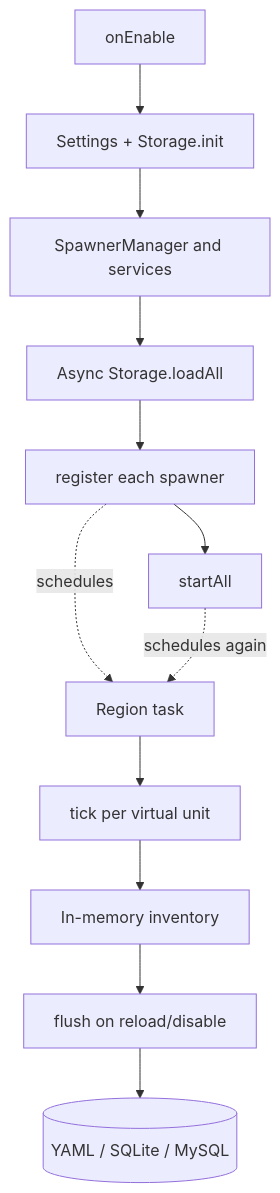
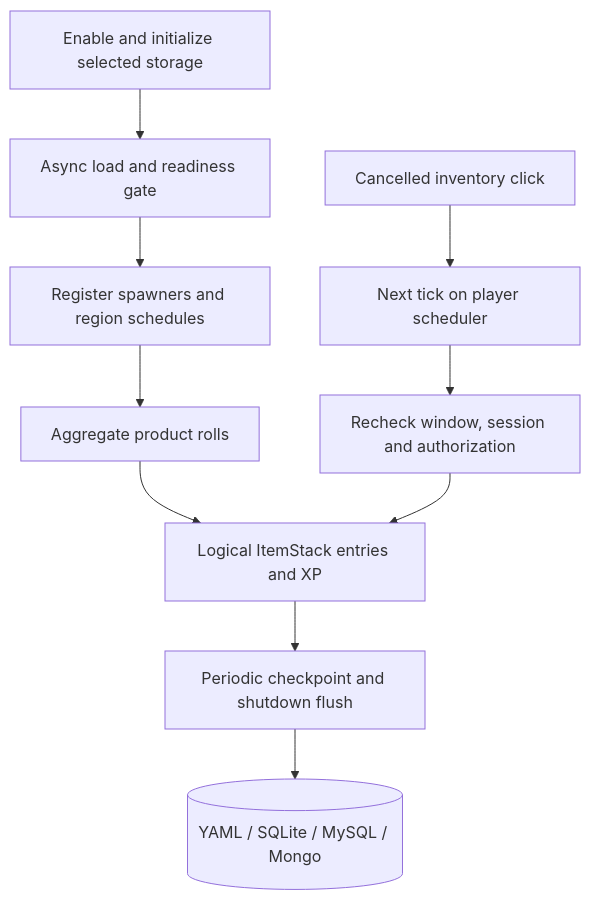
One commit to YanIanZ/BravenSpawner changed the first of 2 diagrams in docs/ARCHITECTURE.md. Above: the diagram before and after it, drawn with Mermaid. The commit also changed other lines of this file and 41 other files, not shown here.

````diff
--- a/docs/ARCHITECTURE.md
+++ b/docs/ARCHITECTURE.md
@@ -21,14 +20,12 @@
 ```mermaid
 flowchart TD
-  B[onEnable] --> C[Settings + Storage.init]
-  C --> M[SpawnerManager and services]
-  M --> L[Async Storage.loadAll]
-  L --> R[register each spawner]
-  R --> A[startAll]
-  R -. schedules .-> S[Region task]
-  A -. schedules again .-> S
-  S --> T[tick per virtual unit]
-  T --> I[In-memory inventory]
-  I --> F[flush on reload/disable]
-  F --> DB[(YAML / SQLite / MySQL)]
+  B[Enable and initialize selected storage] --> L[Async load and readiness gate]
+  L --> R[Register spawners and region schedules]
+  R --> P[Aggregate product rolls]
+  P --> I[Logical ItemStack entries and XP]
+  I --> C[Periodic checkpoint and shutdown flush]
+  C --> DB[(YAML / SQLite / MySQL / Mongo)]
+  U[Cancelled inventory click] --> Q[Next tick on player scheduler]
+  Q --> V[Recheck window, session and authorization]
+  V --> I
 ```
````
